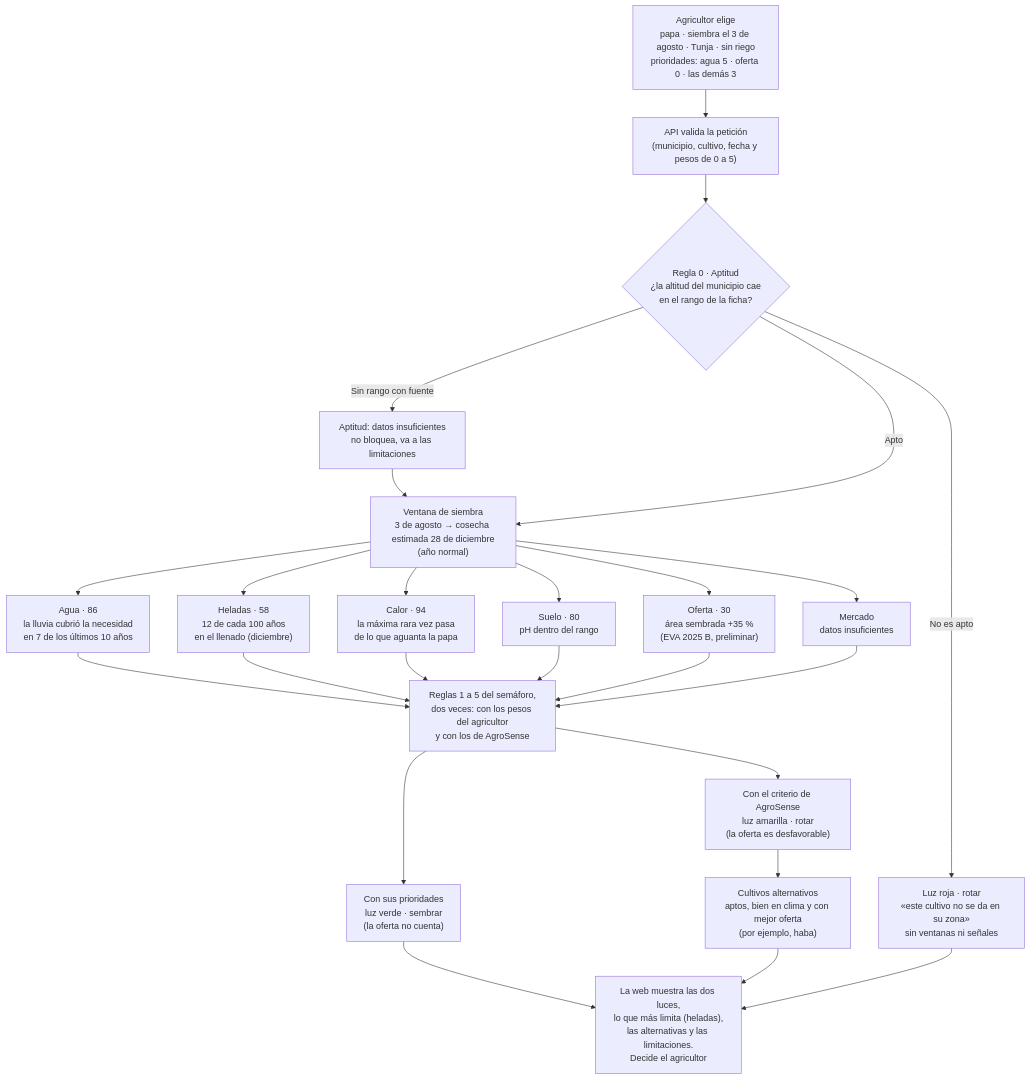
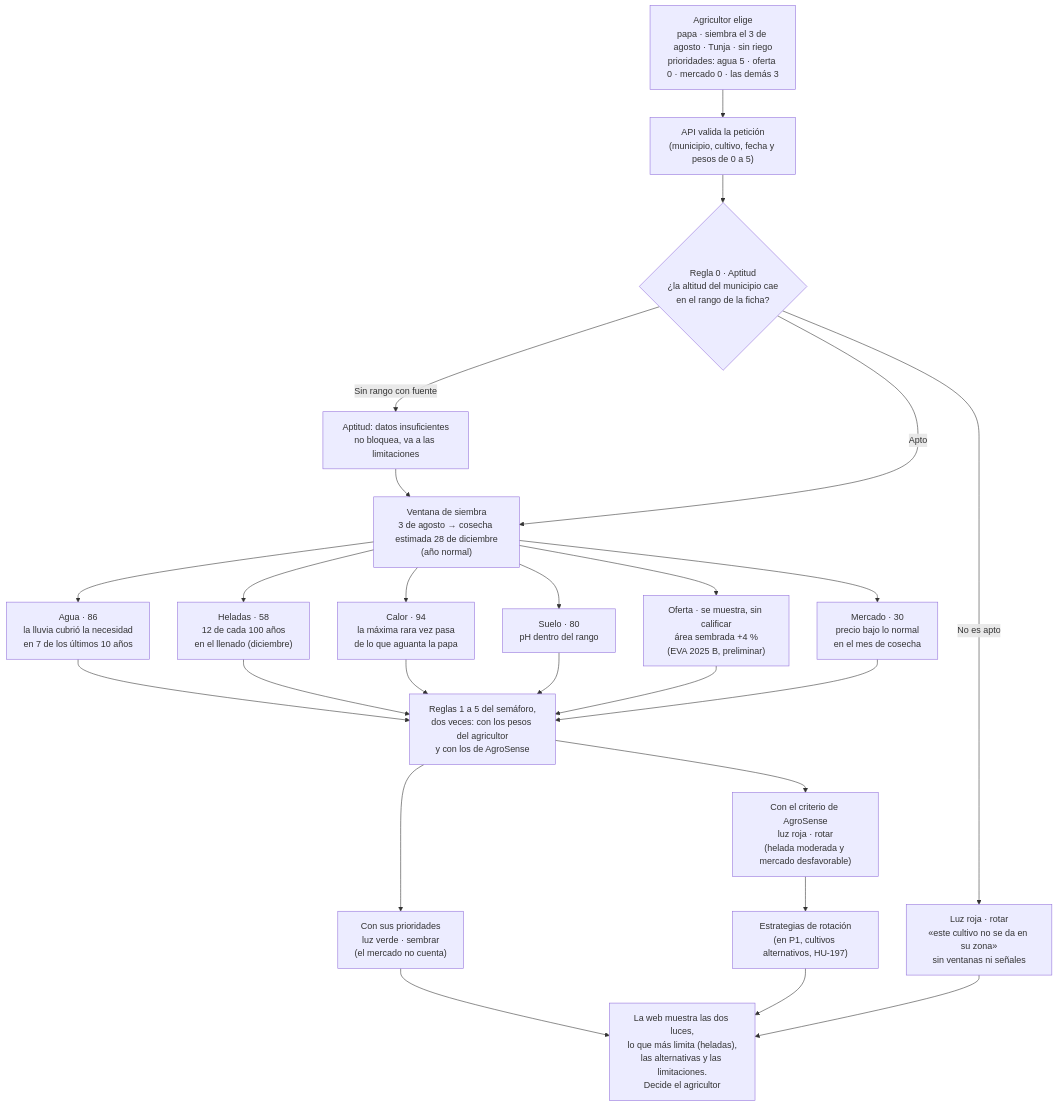
Before and after one commit to FelipeGo18/AgroSense: the diagram in docs/flujo-de-decision.md, drawn with Mermaid. The commit also changed other lines of this file and 12 other files, not shown here.

````diff
--- a/docs/flujo-de-decision.md
+++ b/docs/flujo-de-decision.md
@@ -7,27 +7,27 @@
 ```mermaid
 flowchart TD
-    A["Agricultor elige<br/>papa · siembra el 3 de agosto · Tunja · sin riego<br/>prioridades: agua 5 · oferta 0 · las demás 3"] --> B["API valida la petición<br/>(municipio, cultivo, fecha y pesos de 0 a 5)"]
+    A["Agricultor elige<br/>papa · siembra el 3 de agosto · Tunja · sin riego<br/>prioridades: agua 5 · oferta 0 · mercado 0 · las demás 3"] --> B["API valida la petición<br/>(municipio, cultivo, fecha y pesos de 0 a 5)"]
     B --> R0{"Regla 0 · Aptitud<br/>¿la altitud del municipio cae<br/>en el rango de la ficha?"}
     R0 -- "No es apto" --> N["Luz roja · rotar<br/>«este cultivo no se da en su zona»<br/>sin ventanas ni señales"]
     R0 -- "Sin rango con fuente" --> L0["Aptitud: datos insuficientes<br/>no bloquea, va a las limitaciones"]
     L0 --> W
     R0 -- "Apto" --> W["Ventana de siembra<br/>3 de agosto → cosecha estimada 28 de diciembre<br/>(año normal)"]
     W --> S1["Agua · 86<br/>la lluvia cubrió la necesidad<br/>en 7 de los últimos 10 años"]
     W --> S2["Heladas · 58<br/>12 de cada 100 años<br/>en el llenado (diciembre)"]
     W --> S3["Calor · 94<br/>la máxima rara vez pasa<br/>de lo que aguanta la papa"]
     W --> S4["Suelo · 80<br/>pH dentro del rango"]
-    W --> S5["Oferta · 30<br/>área sembrada +35 %<br/>(EVA 2025 B, preliminar)"]
-    W --> S6["Mercado<br/>datos insuficientes"]
+    W --> S5["Oferta · se muestra, sin calificar<br/>área sembrada +4 %<br/>(EVA 2025 B, preliminar)"]
+    W --> S6["Mercado · 30<br/>precio bajo lo normal<br/>en el mes de cosecha"]
     S1 --> F["Reglas 1 a 5 del semáforo,<br/>dos veces: con los pesos del agricultor<br/>y con los de AgroSense"]
     S2 --> F
     S3 --> F
     S4 --> F
     S5 --> F
     S6 --> F
-    F --> G1["Con sus prioridades<br/>luz verde · sembrar<br/>(la oferta no cuenta)"]
-    F --> G2["Con el criterio de AgroSense<br/>luz amarilla · rotar<br/>(la oferta es desfavorable)"]
-    G2 --> ALT["Cultivos alternativos<br/>aptos, bien en clima y con mejor oferta<br/>(por ejemplo, haba)"]
+    F --> G1["Con sus prioridades<br/>luz verde · sembrar<br/>(el mercado no cuenta)"]
+    F --> G2["Con el criterio de AgroSense<br/>luz roja · rotar<br/>(helada moderada y mercado desfavorable)"]
+    G2 --> ALT["Estrategias de rotación<br/>(en P1, cultivos alternativos, HU-197)"]
     G1 --> I["La web muestra las dos luces,<br/>lo que más limita (heladas),<br/>las alternativas y las limitaciones.<br/>Decide el agricultor"]
     ALT --> I
     N --> I
 ```
````
